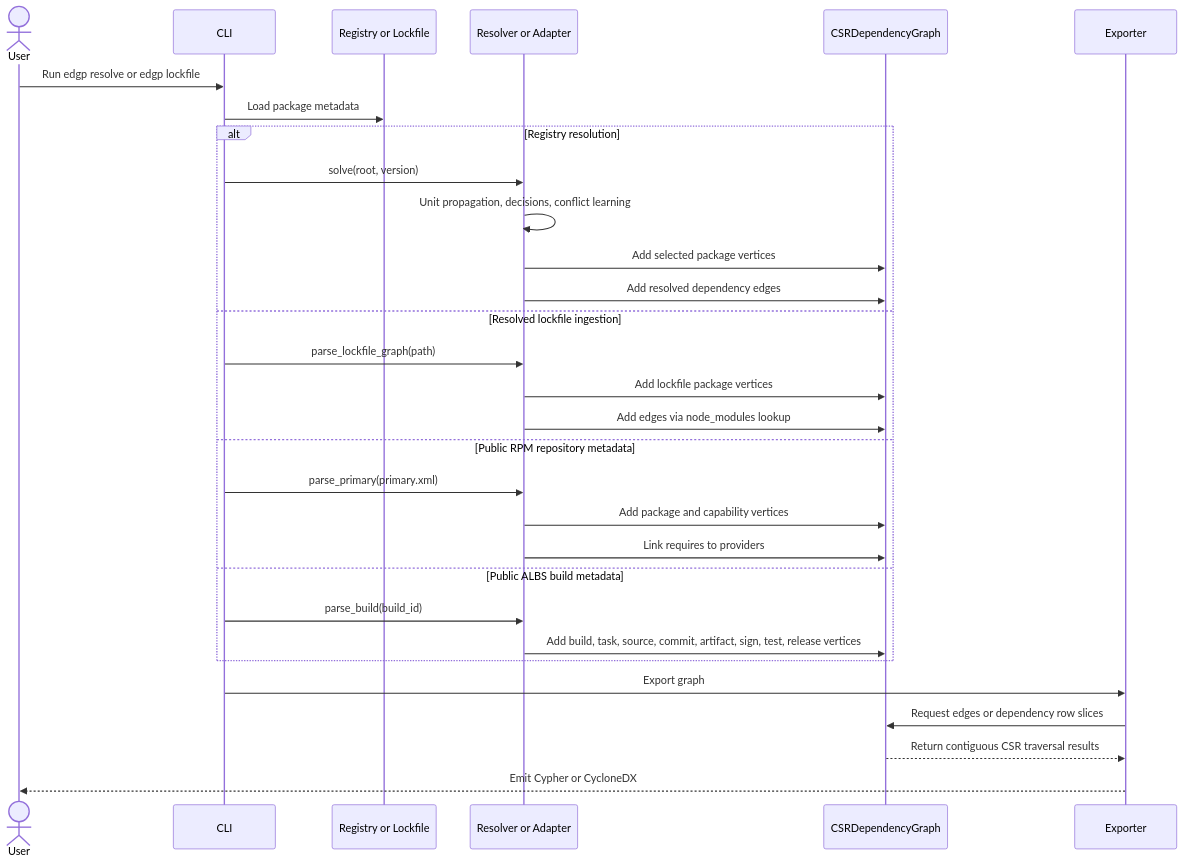
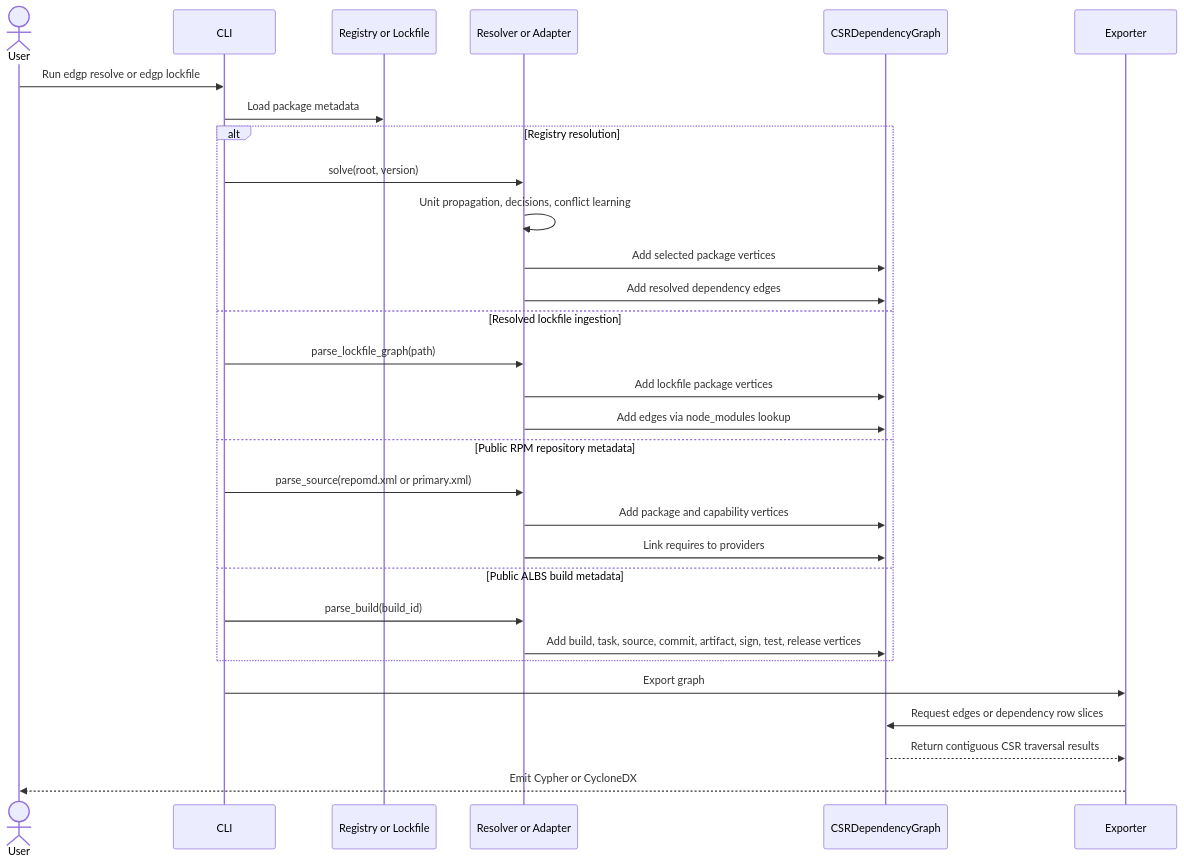
One commit to xsub/EnterpriseLinux-SoftwareSupplyChain changed the second of 2 diagrams in README.md. Above: the diagram before and after it, drawn with Mermaid. The commit also changed other lines of this file and 16 other files, not shown here.

````diff
--- a/README.md
+++ b/README.md
@@ -332,33 +334,33 @@
 ```mermaid
 sequenceDiagram
 actor User
 participant CLI
 participant Input as Registry or Lockfile
 participant Builder as Resolver or Adapter
 participant CSR as CSRDependencyGraph
 participant Exporter
 
 User->>CLI: Run edgp resolve or edgp lockfile
 CLI->>Input: Load package metadata
 alt Registry resolution
   CLI->>Builder: solve(root, version)
   Builder->>Builder: Unit propagation, decisions, conflict learning
   Builder->>CSR: Add selected package vertices
   Builder->>CSR: Add resolved dependency edges
 else Resolved lockfile ingestion
   CLI->>Builder: parse_lockfile_graph(path)
   Builder->>CSR: Add lockfile package vertices
   Builder->>CSR: Add edges via node_modules lookup
 else Public RPM repository metadata
-  CLI->>Builder: parse_primary(primary.xml)
+  CLI->>Builder: parse_source(repomd.xml or primary.xml)
   Builder->>CSR: Add package and capability vertices
   Builder->>CSR: Link requires to providers
 else Public ALBS build metadata
   CLI->>Builder: parse_build(build_id)
   Builder->>CSR: Add build, task, source, commit, artifact, sign, test, release vertices
 end
 CLI->>Exporter: Export graph
 Exporter->>CSR: Request edges or dependency row slices
 CSR-->>Exporter: Return contiguous CSR traversal results
 Exporter-->>User: Emit Cypher or CycloneDX
 ```
````
